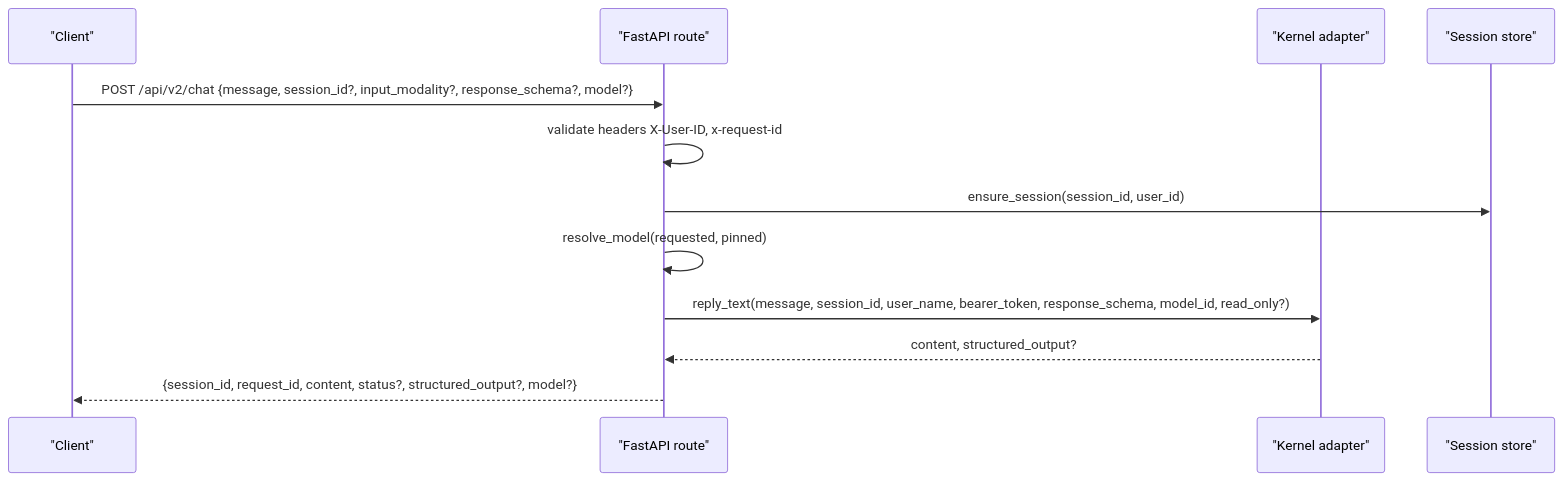
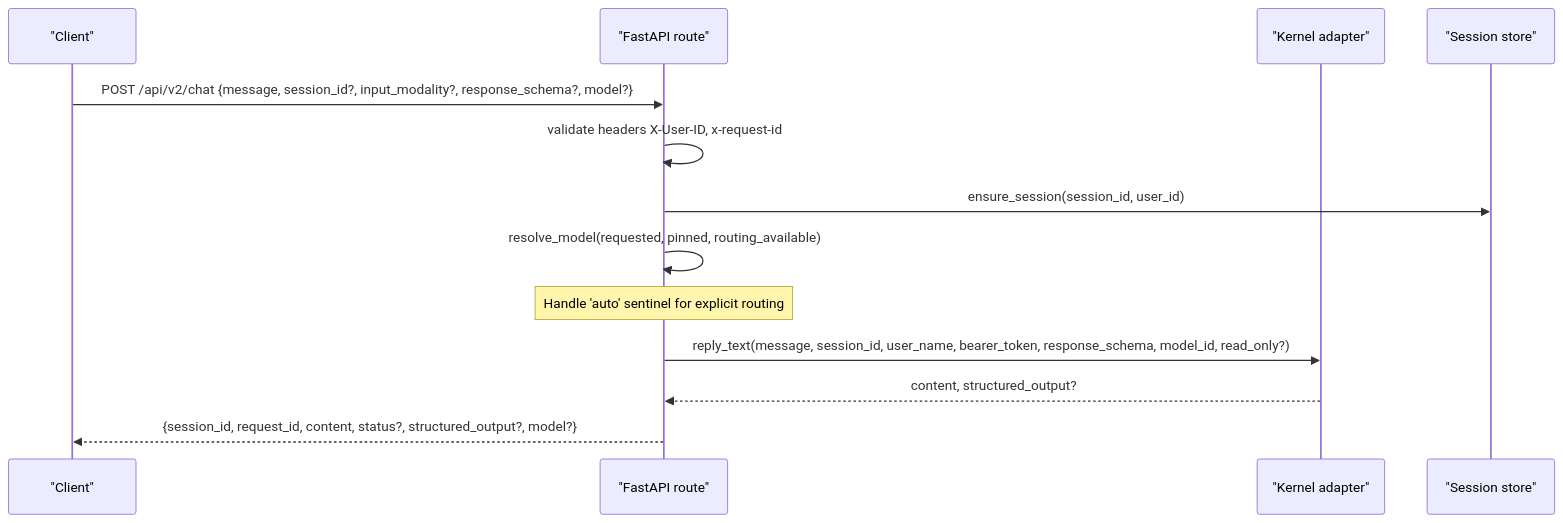
The second of 3 diagrams in .qoder/repowiki/en/content/Shared Contracts/API Schemas/Agent Communication Schemas/Chat Request and Response Schemas.md (metasync/luban-aiops), drawn with Mermaid before and after one commit. The commit also changed other lines of this file and 6 other files, not shown here.

````diff
--- a/.qoder/repowiki/en/content/Shared Contracts/API Schemas/Agent Communication Schemas/Chat Request and Response Schemas.md
+++ b/.qoder/repowiki/en/content/Shared Contracts/API Schemas/Agent Communication Schemas/Chat Request and Response Schemas.md
@@ -76,14 +89,15 @@
 ```mermaid
 sequenceDiagram
 participant C as "Client"
 participant R as "FastAPI route"
 participant K as "Kernel adapter"
 participant S as "Session store"
 C->>R : POST /api/v2/chat {message, session_id?, input_modality?, response_schema?, model?}
 R->>R : validate headers X-User-ID, x-request-id
 R->>S : ensure_session(session_id, user_id)
-R->>R : resolve_model(requested, pinned)
+R->>R : resolve_model(requested, pinned, routing_available)
+Note over R : Handle 'auto' sentinel for explicit routing
 R->>K : reply_text(message, session_id, user_name, bearer_token, response_schema, model_id, read_only?)
 K-->>R : content, structured_output?
 R-->>C : {session_id, request_id, content, status?, structured_output?, model?}
 ```
````
